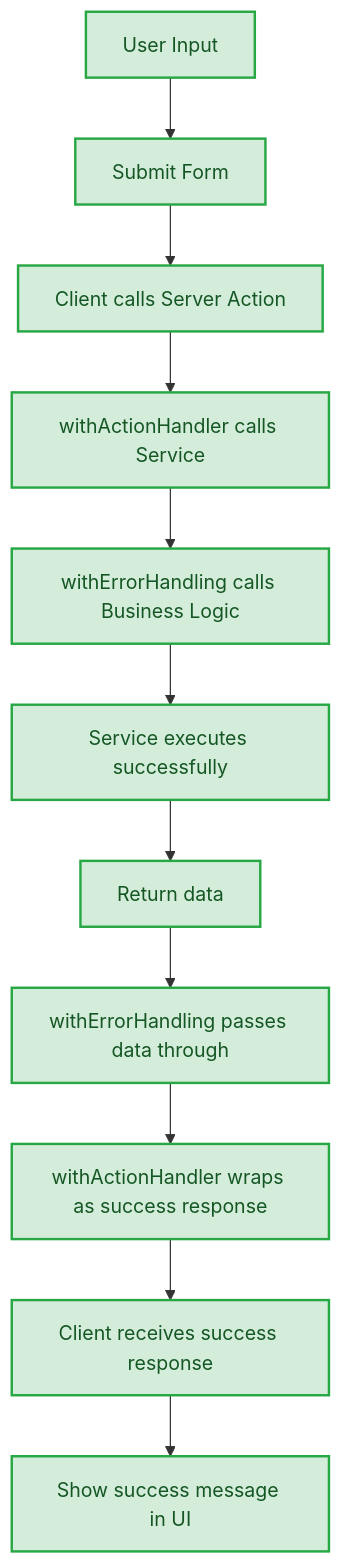
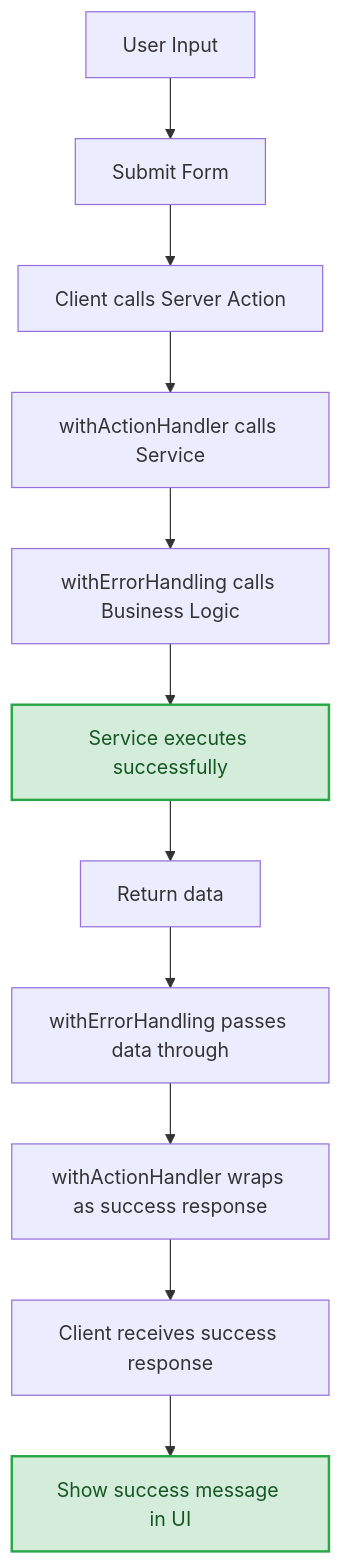
Before and after one commit to morsechimwai/nextjs-error-system-boilerplate: the third of 4 diagrams in README.md, drawn with Mermaid. The commit also changed other lines of this file, not shown here.

Commit message:
docs: Simplify success and error flow diagram styling by focusing on key nodes

````diff
--- a/README.md
+++ b/README.md
@@ -403,26 +403,17 @@
 ```mermaid
 graph TD
     A[User Input] --> B[Submit Form]
     B --> C[Client calls Server Action]
     C --> D[withActionHandler calls Service]
     D --> E[withErrorHandling calls Business Logic]
     E --> F[Service executes successfully]
     F --> G[Return data]
     G --> H[withErrorHandling passes data through]
     H --> I[withActionHandler wraps as success response]
     I --> J[Client receives success response]
     J --> K[Show success message in UI]
 
-    %% Success Flow Styling - Dark Green Text, Light Green Background
-    style A fill:#d4edda,stroke:#28a745,stroke-width:2px,color:#155724
-    style B fill:#d4edda,stroke:#28a745,stroke-width:2px,color:#155724
-    style C fill:#d4edda,stroke:#28a745,stroke-width:2px,color:#155724
-    style D fill:#d4edda,stroke:#28a745,stroke-width:2px,color:#155724
-    style E fill:#d4edda,stroke:#28a745,stroke-width:2px,color:#155724
+    %% Success Flow Styling - Only key success nodes
     style F fill:#d4edda,stroke:#28a745,stroke-width:2px,color:#155724
-    style G fill:#d4edda,stroke:#28a745,stroke-width:2px,color:#155724
-    style H fill:#d4edda,stroke:#28a745,stroke-width:2px,color:#155724
-    style I fill:#d4edda,stroke:#28a745,stroke-width:2px,color:#155724
-    style J fill:#d4edda,stroke:#28a745,stroke-width:2px,color:#155724
     style K fill:#d4edda,stroke:#28a745,stroke-width:2px,color:#155724
 ```
````
